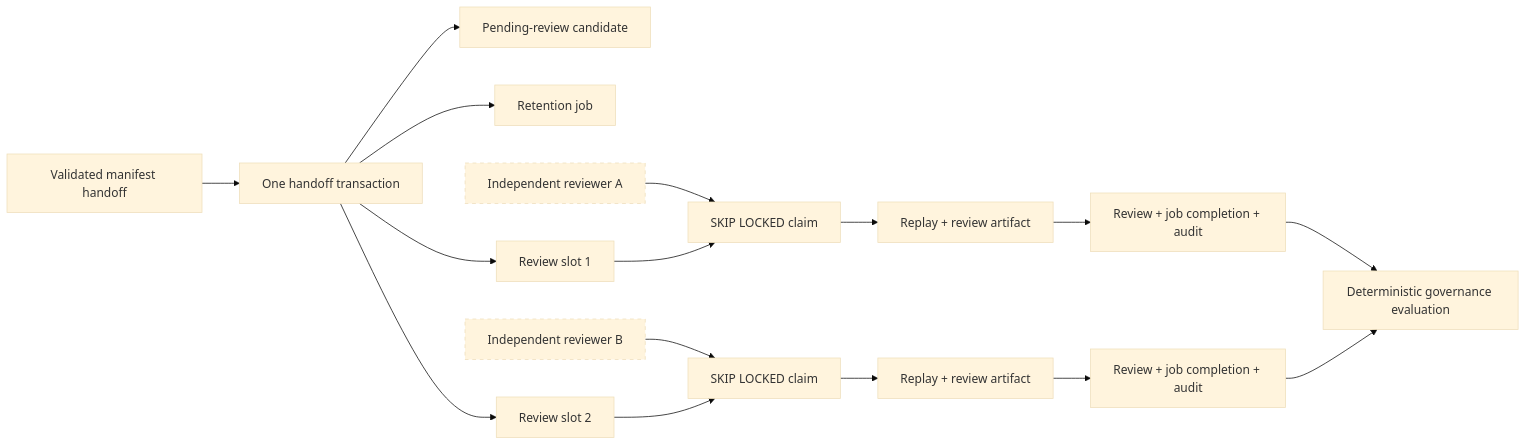
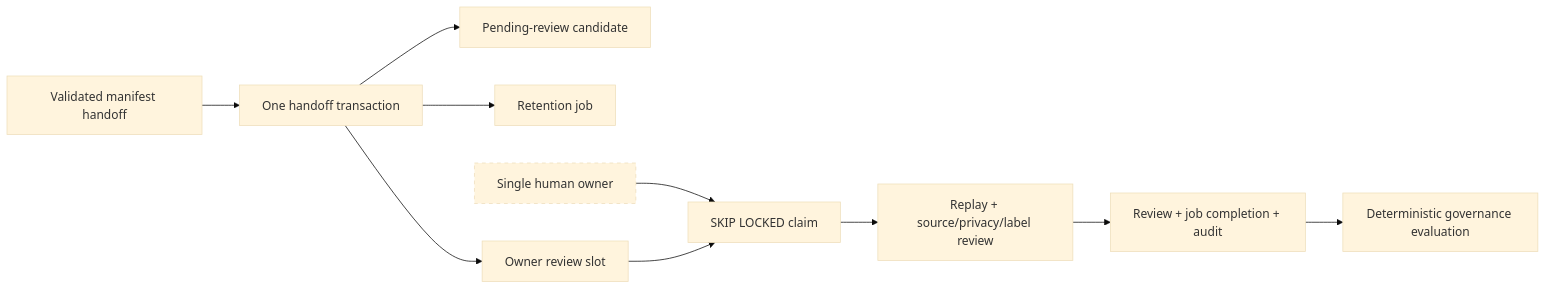
The diagram in docs/evm-chain-analysis-review-work-queue.md (spencer17x/xxyy-ask), drawn with Mermaid (base theme) before and after one commit. The commit also changed other lines of this file and 39 other files, not shown here.

Commit message:
feat: adopt single-owner governance profile

````diff
--- a/docs/evm-chain-analysis-review-work-queue.md
+++ b/docs/evm-chain-analysis-review-work-queue.md
@@ -22,21 +22,14 @@
 ```mermaid
 flowchart LR
   Handoff["Validated manifest handoff"] --> Tx["One handoff transaction"]
   Tx --> Candidate["Pending-review candidate"]
   Tx --> Retention["Retention job"]
-  Tx --> SlotA["Review slot 1"]
-  Tx --> SlotB["Review slot 2"]
-  ReviewerA["Independent reviewer A"] --> ClaimA["SKIP LOCKED claim"]
-  ReviewerB["Independent reviewer B"] --> ClaimB["SKIP LOCKED claim"]
-  SlotA --> ClaimA
-  SlotB --> ClaimB
-  ClaimA --> ReviewA["Replay + review artifact"]
-  ClaimB --> ReviewB["Replay + review artifact"]
-  ReviewA --> AtomicA["Review + job completion + audit"]
-  ReviewB --> AtomicB["Review + job completion + audit"]
-  AtomicA --> Governance["Deterministic governance evaluation"]
-  AtomicB --> Governance
+  Tx --> Slot["Owner review slot"]
+  Owner["Single human owner"] --> Claim["SKIP LOCKED claim"]
+  Slot --> Claim
+  Claim --> Review["Replay + source/privacy/label review"]
+  Review --> Atomic["Review + job completion + audit"]
+  Atomic --> Governance["Deterministic governance evaluation"]
 
-  style ReviewerA stroke-dasharray: 5 5
-  style ReviewerB stroke-dasharray: 5 5
+  style Owner stroke-dasharray: 5 5
 ```
````
